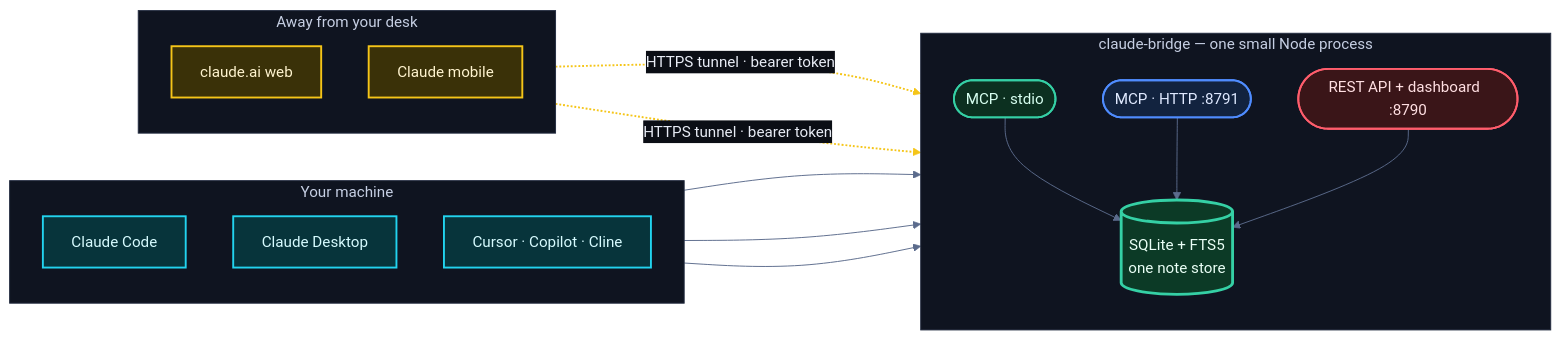
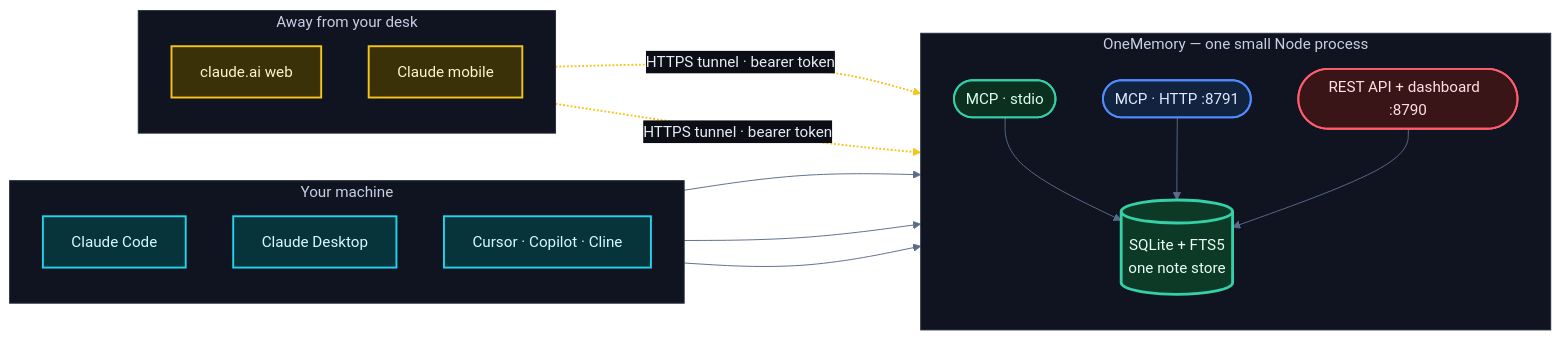
One commit to calasdan-sketch/claude-bridge changed the diagram in README.md. Above: the diagram before and after it, drawn with Mermaid. The commit also changed other lines of this file and 28 other files, not shown here.

First line of the commit message:
Rename claude-bridge -> OneMemory (npm package: onememory)

````diff
--- a/README.md
+++ b/README.md
@@ -103,52 +105,52 @@
 ```mermaid
 %%{init: {"theme":"base","themeVariables":{
   "fontFamily":"Trebuchet MS, Verdana, Arial, sans-serif",
   "primaryColor":"#141a28","primaryTextColor":"#e8ecf5","primaryBorderColor":"#2b3550",
   "lineColor":"#5b6b8c","clusterBkg":"#0f1420","clusterBorder":"#232c40",
   "edgeLabelBackground":"#0b0e15"}}}%%
 flowchart LR
   subgraph you["Your machine"]
     direction TB
     CC["Claude Code"]
     CD["Claude Desktop"]
     IDE["Cursor · Copilot · Cline"]
   end
 
-  subgraph bridge["claude-bridge — one small Node process"]
+  subgraph bridge["OneMemory — one small Node process"]
     direction TB
     STDIO(["MCP · stdio"])
     HTTP(["MCP · HTTP  :8791"])
     API(["REST API + dashboard  :8790"])
     DB[("SQLite + FTS5<br/>one note store")]
     STDIO --> DB
     HTTP --> DB
     API --> DB
   end
 
   subgraph away["Away from your desk"]
     direction TB
     WEB["claude.ai web"]
     PHONE["Claude mobile"]
   end
 
   CC --> STDIO
   CD --> STDIO
   IDE --> STDIO
   WEB  -. "HTTPS tunnel · bearer token" .-> HTTP
   PHONE -. "HTTPS tunnel · bearer token" .-> HTTP
 
   classDef client fill:#07343b,stroke:#22d3ee,stroke-width:2px,color:#d7fbff;
   classDef remote fill:#3a3108,stroke:#f5c518,stroke-width:2px,color:#fff4cf;
   classDef stdio  fill:#0c3020,stroke:#35d0a5,stroke-width:2px,color:#d7fff0;
   classDef http   fill:#12233f,stroke:#4f8cff,stroke-width:2px,color:#dfe9ff;
   classDef api    fill:#3a1518,stroke:#ff5d6c,stroke-width:2px,color:#ffdfe2;
   classDef store  fill:#0c3a26,stroke:#35d0a5,stroke-width:3px,color:#eafff6;
   class CC,CD,IDE client;
   class WEB,PHONE remote;
   class STDIO stdio;
   class HTTP http;
   class API api;
   class DB store;
 
   linkStyle 6,7 stroke:#f5c518,stroke-width:2px;
 ```
````
